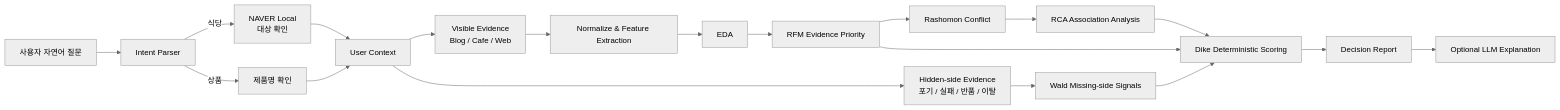
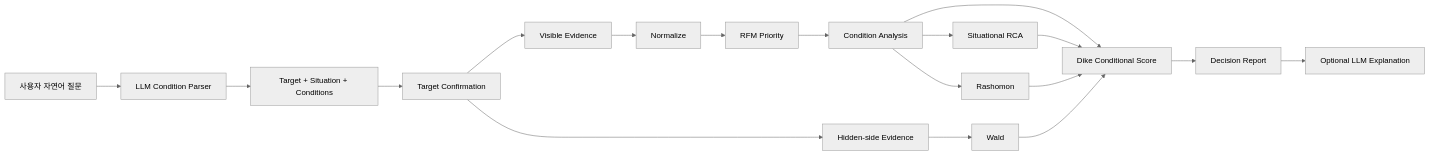
Before and after one commit to dooyoung94/dikes-eye-poc: the diagram in README.md, drawn with Mermaid (neutral theme). The commit also changed other lines of this file, not shown here.

Commit message:
Reposition Dike as a Conditional Decision Agent

````diff
--- a/README.md
+++ b/README.md
@@ -104,28 +219,25 @@
 ```mermaid
 flowchart LR
-    U[사용자 자연어 질문] --> I[Intent Parser]
+    U[사용자 자연어 질문] --> LLM[LLM Condition Parser]
+    LLM --> T[Target + Situation + Conditions]
 
-    I -->|식당| L[NAVER Local\n대상 확인]
-    I -->|상품| P[제품명 확인]
+    T --> C[Target Confirmation]
+    C --> V[Visible Evidence]
+    C --> H[Hidden-side Evidence]
 
-    L --> C[User Context]
-    P --> C
+    V --> N[Normalize]
+    N --> RFM[RFM Priority]
+    RFM --> CA[Condition Analysis]
+    CA --> RA[Rashomon]
+    CA --> RCA[Situational RCA]
 
-    C --> V[Visible Evidence\nBlog / Cafe / Web]
-    C --> H[Hidden-side Evidence\n포기 / 실패 / 반품 / 이탈]
+    H --> W[Wald]
 
-    V --> N[Normalize & Feature Extraction]
-    N --> E[EDA]
-    E --> R[RFM Evidence Priority]
-    R --> RA[Rashomon Conflict]
-    RA --> RCA[RCA Association Analysis]
-
-    H --> W[Wald Missing-side Signals]
-
-    RCA --> D[Dike Deterministic Scoring]
+    CA --> D[Dike Conditional Score]
+    RCA --> D
+    RA --> D
     W --> D
-    R --> D
 
     D --> REP[Decision Report]
-    REP --> O[Optional LLM Explanation]
+    REP --> X[Optional LLM Explanation]
 ```
````
